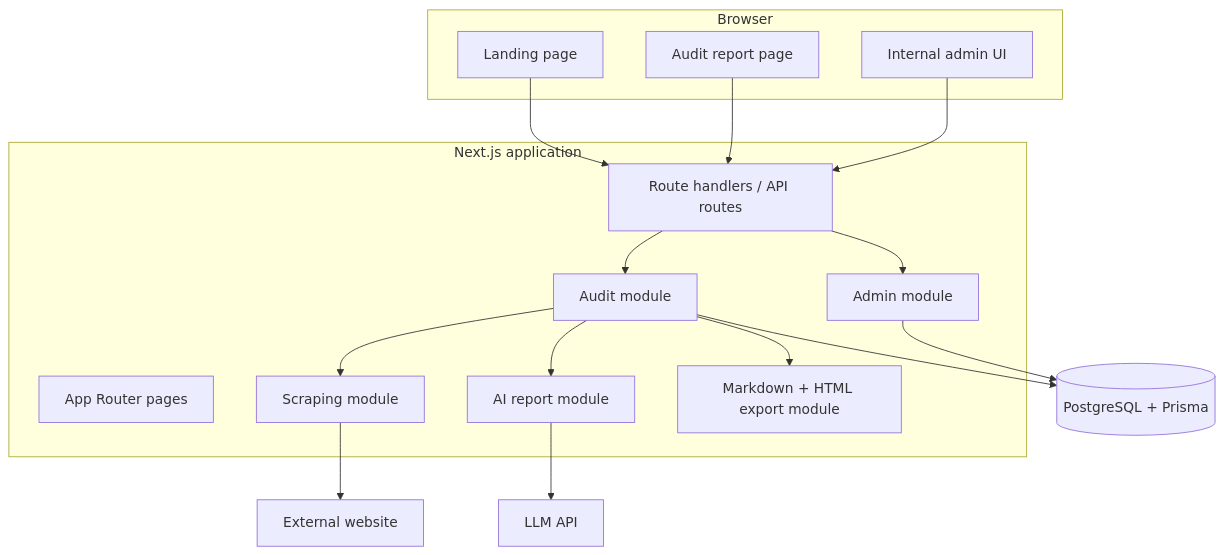
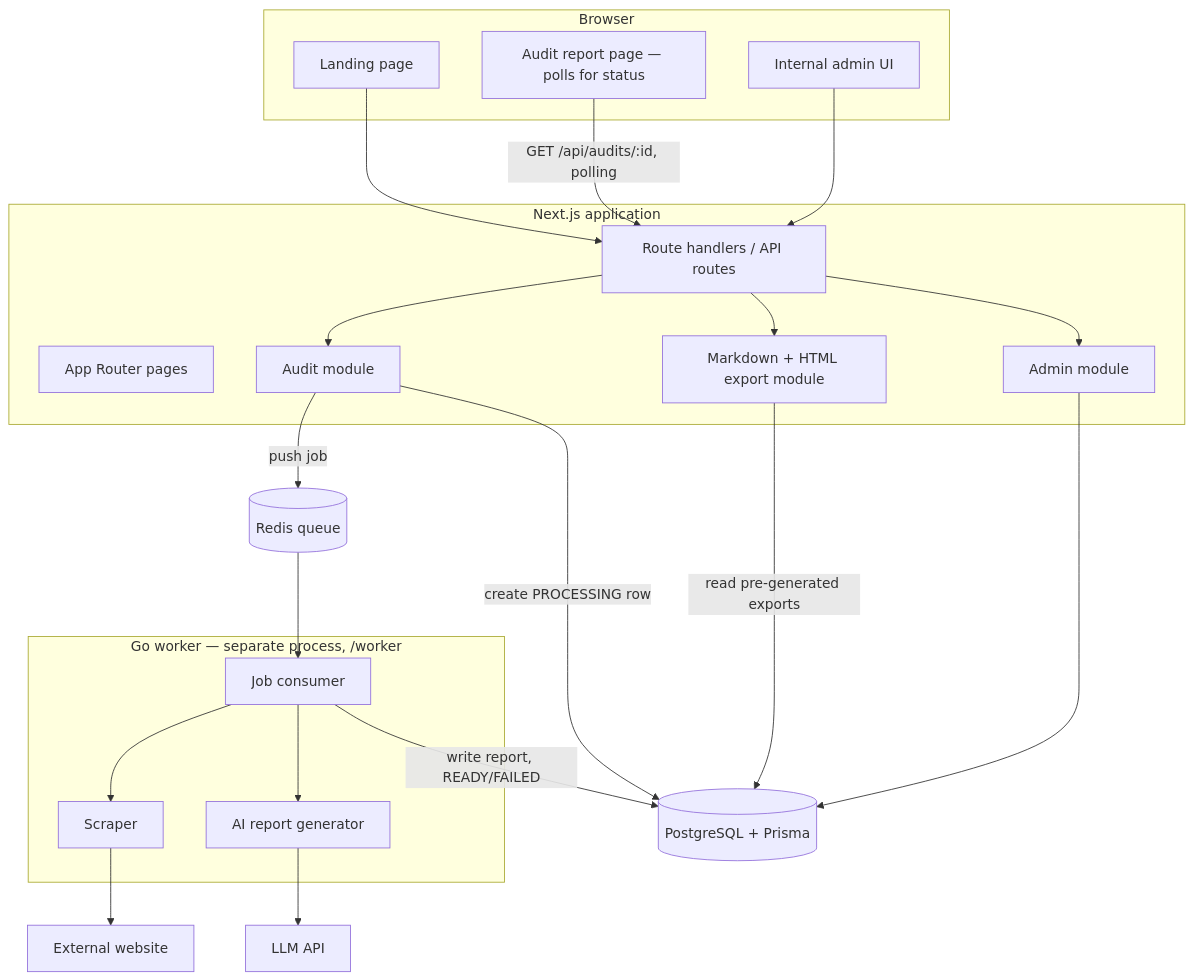
The second of 12 diagrams in docs/ARCHITECTURE.md (Luxion07/sitegap-ai), drawn with Mermaid before and after one commit. The commit also changed other lines of this file and 1 other file, not shown here.

First line of the commit message:
docs(architecture): make the Go worker stage the current design

````diff
--- a/docs/ARCHITECTURE.md
+++ b/docs/ARCHITECTURE.md
@@ -36,38 +42,49 @@
 ```mermaid
 flowchart TB
   subgraph Browser
     Landing[Landing page]
-    Report[Audit report page]
+    Report[Audit report page — polls for status]
     AdminUI[Internal admin UI]
   end
 
   subgraph NextApp[Next.js application]
     Pages[App Router pages]
     Routes[Route handlers / API routes]
     AuditModule[Audit module]
-    ScrapingModule[Scraping module]
-    AIModule[AI report module]
     ExportModule[Markdown + HTML export module]
     AdminModule[Admin module]
+  end
+
+  Queue[(Redis queue)]
+
+  subgraph GoWorker[Go worker — separate process, /worker]
+    Consumer[Job consumer]
+    WorkerScraper[Scraper]
+    WorkerAI[AI report generator]
   end
 
   DB[(PostgreSQL + Prisma)]
   LLM[LLM API]
   Site[External website]
 
   Landing --> Routes
-  Report --> Routes
+  Report -->|GET /api/audits/:id, polling| Routes
   AdminUI --> Routes
 
   Routes --> AuditModule
   Routes --> AdminModule
+  Routes --> ExportModule
 
-  AuditModule --> ScrapingModule
-  AuditModule --> AIModule
-  AuditModule --> ExportModule
-  AuditModule --> DB
+  AuditModule -->|create PROCESSING row| DB
+  AuditModule -->|push job| Queue
 
-  ScrapingModule --> Site
-  AIModule --> LLM
+  Queue --> Consumer
+  Consumer --> WorkerScraper
+  Consumer --> WorkerAI
+  WorkerScraper --> Site
+  WorkerAI --> LLM
+  Consumer -->|write report, READY/FAILED| DB
+
+  ExportModule -->|read pre-generated exports| DB
   AdminModule --> DB
 ```
````
